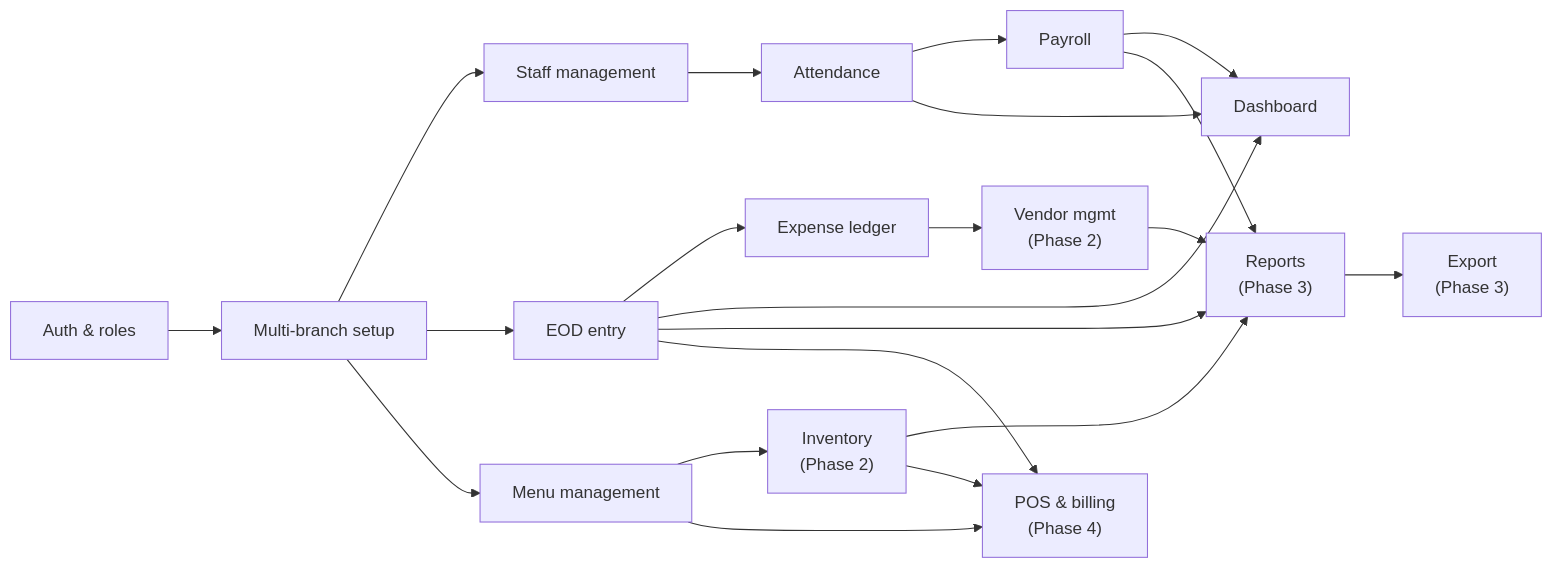
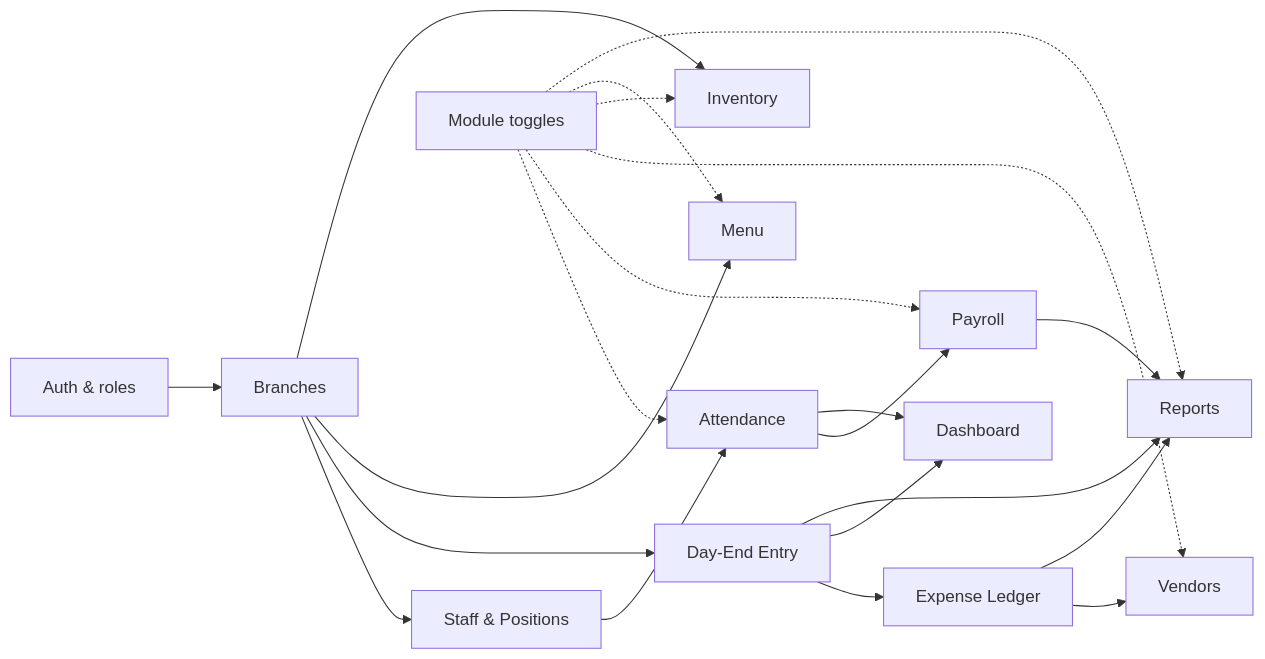
Before and after one commit to AbhishekS-381/Sree-Vaishnaves-Management: diagram 14 of 14 in Documentations/MODULE-MAPS.md, drawn with Mermaid. The commit also changed other lines of this file and 33 other files, not shown here.

````diff
--- a/Documentations/MODULE-MAPS.md
+++ b/Documentations/MODULE-MAPS.md
@@ -655,23 +320,23 @@
 ```mermaid
 graph LR
-  AUTH["Auth & roles"] --> BRANCH["Multi-branch setup"]
-  BRANCH --> STAFF["Staff management"]
+  AUTH["Auth & roles"] --> BRANCH["Branches"]
+  BRANCH --> STAFF["Staff & Positions"]
   STAFF --> ATT["Attendance"]
   ATT --> PAY["Payroll"]
-  BRANCH --> EOD["EOD entry"]
-  EOD --> EXP["Expense ledger"]
-  BRANCH --> MENU["Menu management"]
+  BRANCH --> EOD["Day-End Entry"]
+  EOD --> EXP["Expense Ledger"]
+  EXP --> VEN["Vendors"]
+  BRANCH --> MENU["Menu"]
+  BRANCH --> INV["Inventory"]
   EOD --> DASH["Dashboard"]
   ATT --> DASH
-  PAY --> DASH
-  EXP --> VEN["Vendor mgmt\n(Phase 2)"]
-  MENU --> INV["Inventory\n(Phase 2)"]
-  VEN --> REP["Reports\n(Phase 3)"]
-  INV --> REP
-  PAY --> REP
+  PAY --> REP["Reports"]
+  EXP --> REP
   EOD --> REP
-  REP --> EXP_OUT["Export\n(Phase 3)"]
-  MENU --> POS["POS & billing\n(Phase 4)"]
-  INV --> POS
-  EOD --> POS
+  CONFIG["Module toggles"] -.-> ATT
+  CONFIG -.-> PAY
+  CONFIG -.-> VEN
+  CONFIG -.-> INV
+  CONFIG -.-> MENU
+  CONFIG -.-> REP
 ```
````
